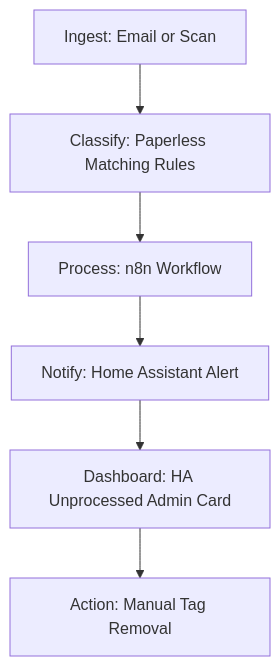
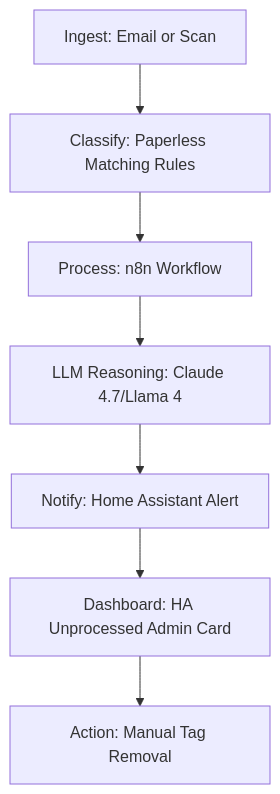
The diagram in docs/playbooks/family-admin-automation.md (joanmarcriera/Home-office-automations), drawn with Mermaid before and after one commit. The commit also changed other lines of this file and 4 other files, not shown here.

````diff
--- a/docs/playbooks/family-admin-automation.md
+++ b/docs/playbooks/family-admin-automation.md
@@ -66,8 +72,9 @@
 ```mermaid
 flowchart TD
     A[Ingest: Email or Scan] --> B[Classify: Paperless Matching Rules]
     B --> C[Process: n8n Workflow]
-    C --> D[Notify: Home Assistant Alert]
-    D --> E[Dashboard: HA Unprocessed Admin Card]
-    E --> F[Action: Manual Tag Removal]
+    C --> D[LLM Reasoning: Claude 4.7/Llama 4]
+    D --> E[Notify: Home Assistant Alert]
+    E --> F[Dashboard: HA Unprocessed Admin Card]
+    F --> G[Action: Manual Tag Removal]
 ```
````
